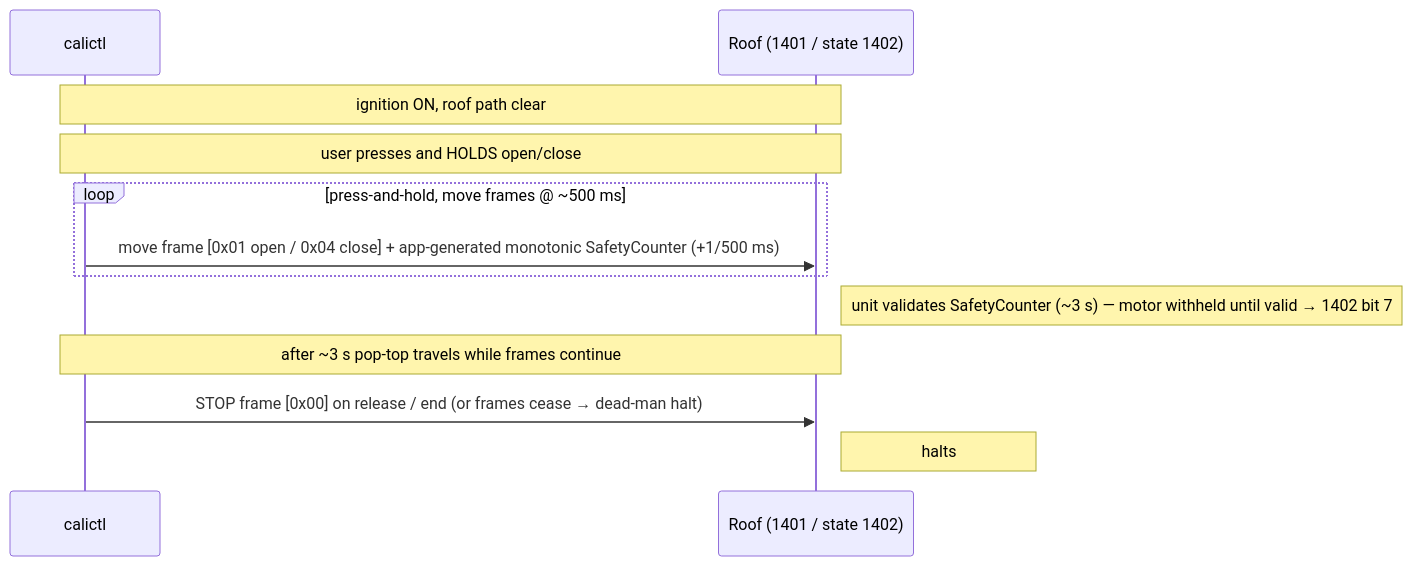
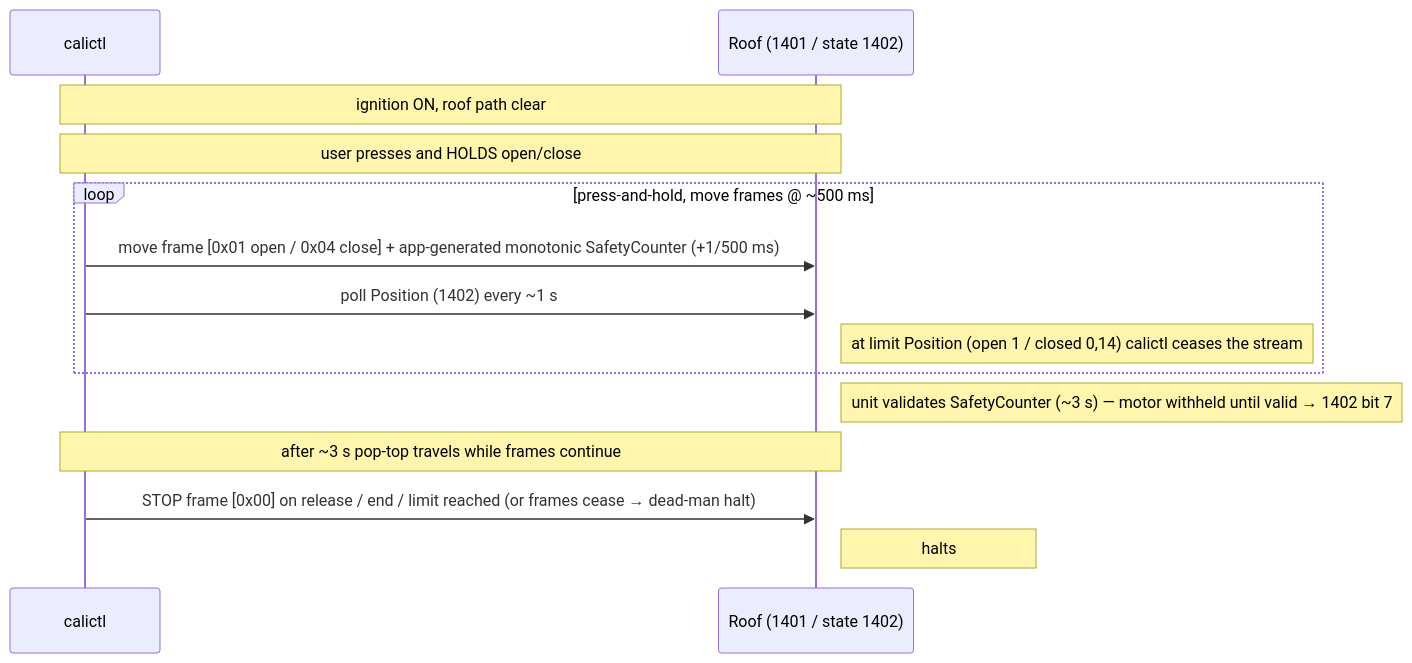
Before and after one commit to ckeller42/open-california: the fifth of 8 diagrams in docs/protocol-sequences.rst, drawn with Mermaid. The commit also changed other lines of this file and 6 other files, not shown here.

```diff
--- a/docs/protocol-sequences.rst
+++ b/docs/protocol-sequences.rst
@@ -201,14 +205,16 @@
 .. mermaid::
 
     sequenceDiagram
         participant C as calictl
         participant U as Roof (1401 / state 1402)
         Note over C,U: ignition ON, roof path clear
         Note over C,U: user presses and HOLDS open/close
         loop press-and-hold, move frames @ ~500 ms
             C->>U: move frame [0x01 open / 0x04 close] + app-generated monotonic SafetyCounter (+1/500 ms)
+            C->>U: poll Position (1402) every ~1 s
+            Note right of U: at limit Position (open 1 / closed 0,14) calictl ceases the stream
         end
         Note right of U: unit validates SafetyCounter (~3 s) — motor withheld until valid → 1402 bit 7
         Note over C,U: after ~3 s pop-top travels while frames continue
-        C->>U: STOP frame [0x00] on release / end (or frames cease → dead-man halt)
+        C->>U: STOP frame [0x00] on release / end / limit reached (or frames cease → dead-man halt)
         Note right of U: halts
```
